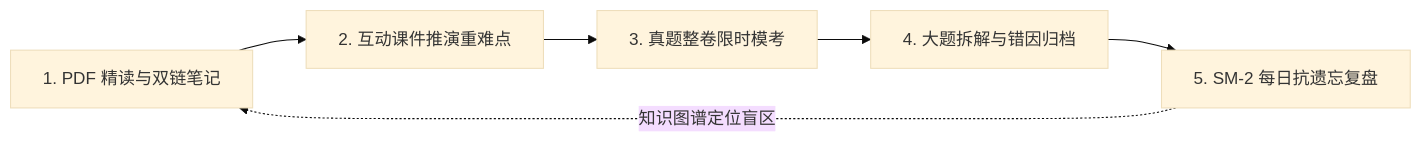
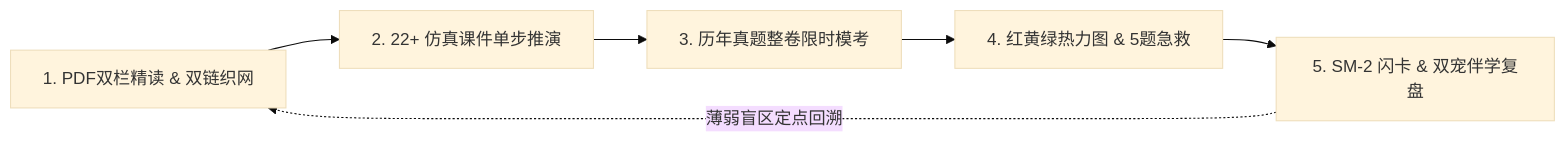
Before and after one commit to qts2218346424-cyber/obsidian-knowledge-viz: the first of 2 diagrams in README.md, drawn with Mermaid (base theme). The commit also changed other lines of this file and 23 other files, not shown here.

````diff
--- a/README.md
+++ b/README.md
@@ -175,8 +269,8 @@
 ```mermaid
 flowchart LR
-    A["1. PDF 精读与双链笔记"] --> B["2. 互动课件推演重难点"]
-    B --> C["3. 真题整卷限时模考"]
-    C --> D["4. 大题拆解与错因归档"]
-    D --> E["5. SM-2 每日抗遗忘复盘"]
-    E -.->|"知识图谱定位盲区"| A
+    A["1. PDF双栏精读 & 双链织网"] --> B["2. 22+ 仿真课件单步推演"]
+    B --> C["3. 历年真题整卷限时模考"]
+    C --> D["4. 红黄绿热力图 & 5题急救"]
+    D --> E["5. SM-2 闪卡 & 双宠伴学复盘"]
+    E -.->|"薄弱盲区定点回溯"| A
 ```
````
